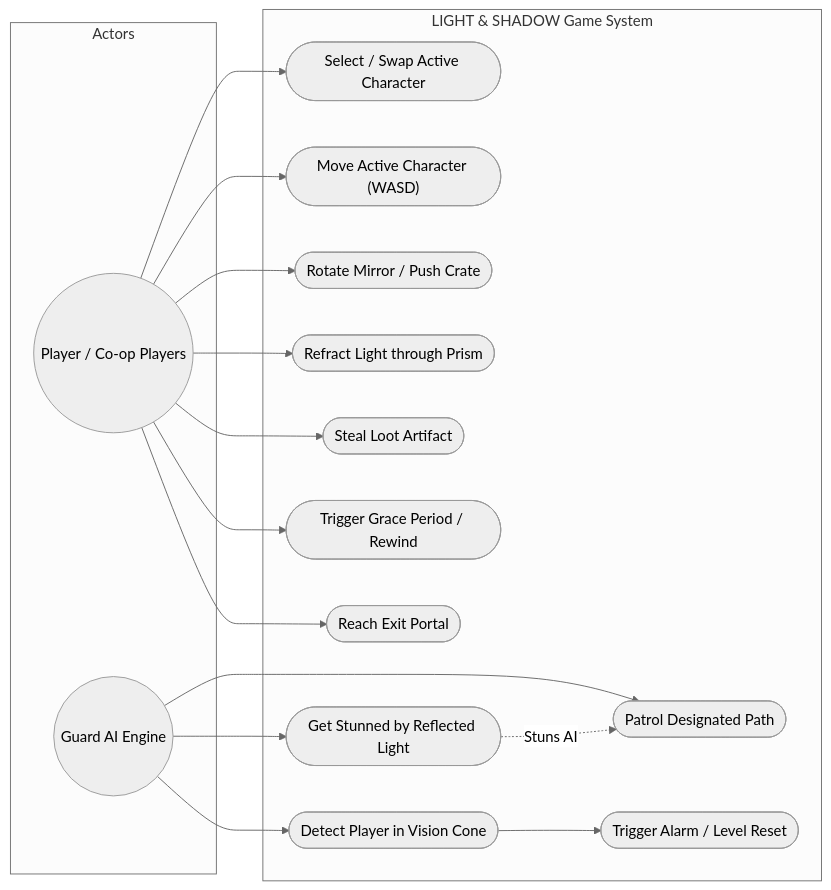
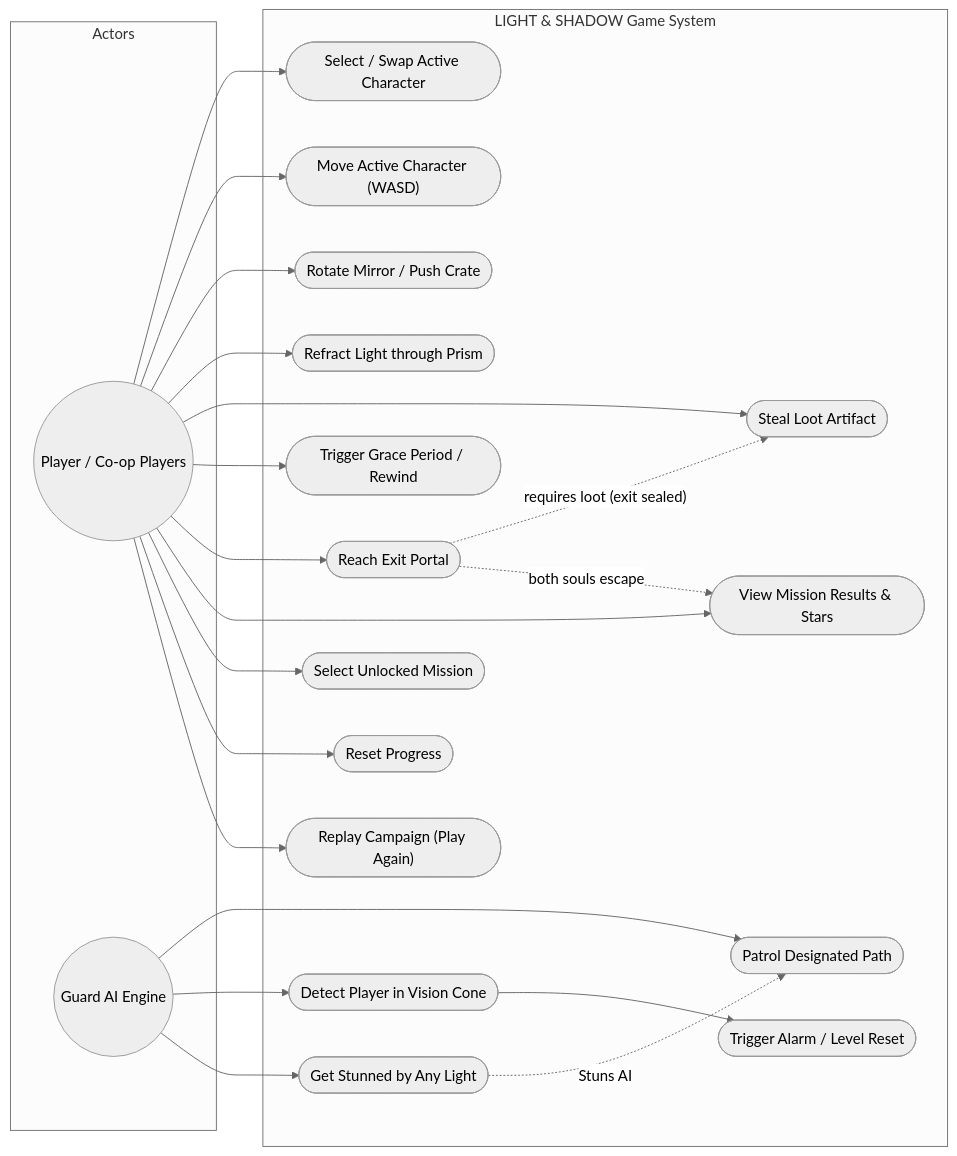
One commit to Meoclavez/Light-Shadow changed the diagram in Supporting_Files/Use_Case_Diagram.md. Above: the diagram before and after it, drawn with Mermaid (neutral theme). The commit also changed 16 other files, not shown here.

````diff
--- a/Supporting_Files/Use_Case_Diagram.md
+++ b/Supporting_Files/Use_Case_Diagram.md
@@ -3,37 +3,48 @@
 ```mermaid
 graph LR
     subgraph Actors
         Player(("Player / Co-op Players"))
         GuardAI(("Guard AI Engine"))
     end
     
     subgraph LIGHT & SHADOW Game System
         UC1(["Select / Swap Active Character"])
         UC2(["Move Active Character (WASD)"])
         UC3(["Rotate Mirror / Push Crate"])
         UC4(["Refract Light through Prism"])
         UC5(["Steal Loot Artifact"])
         UC6(["Trigger Grace Period / Rewind"])
         UC7(["Reach Exit Portal"])
         
         UC8(["Patrol Designated Path"])
         UC9(["Detect Player in Vision Cone"])
-        UC10(["Get Stunned by Reflected Light"])
+        UC10(["Get Stunned by Any Light"])
         UC11(["Trigger Alarm / Level Reset"])
+        
+        UC12(["View Mission Results & Stars"])
+        UC13(["Select Unlocked Mission"])
+        UC14(["Reset Progress"])
+        UC15(["Replay Campaign (Play Again)"])
     end
     
     Player --> UC1
     Player --> UC2
     Player --> UC3
     Player --> UC4
     Player --> UC5
     Player --> UC6
     Player --> UC7
+    Player --> UC12
+    Player --> UC13
+    Player --> UC14
+    Player --> UC15
     
     GuardAI --> UC8
     GuardAI --> UC9
     GuardAI --> UC10
     
     UC9 --> UC11
     UC10 -. Stuns AI .-> UC8
+    UC7 -.->|"requires loot (exit sealed)"| UC5
+    UC7 -.->|"both souls escape"| UC12
 ```
````
